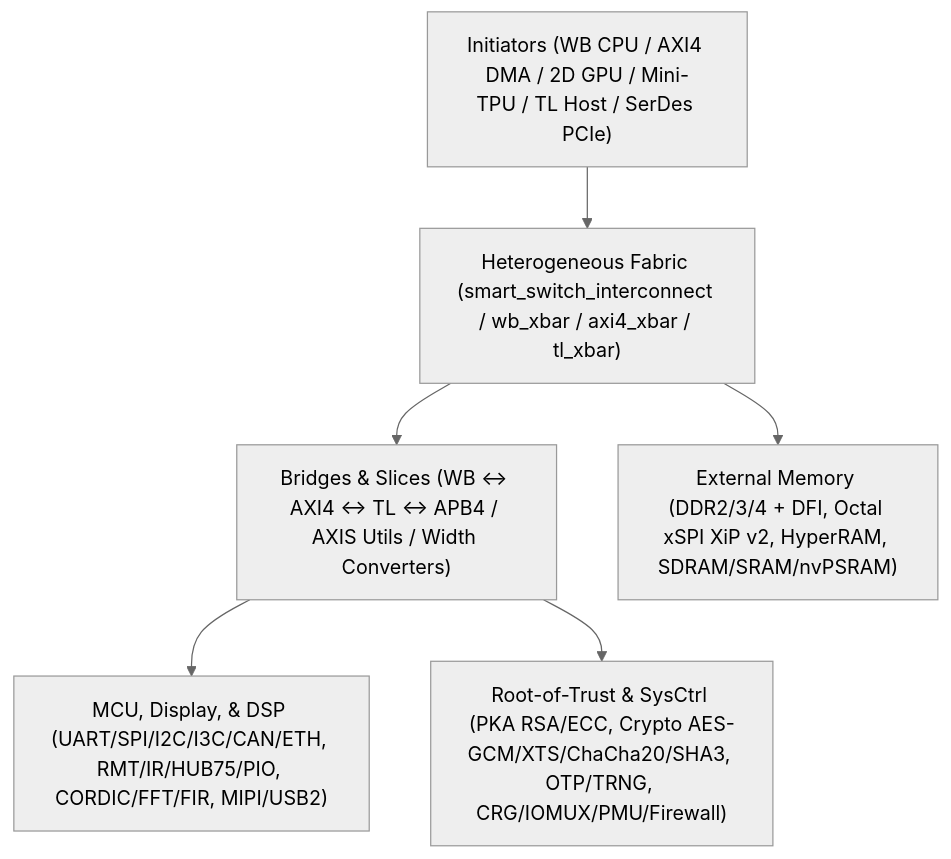
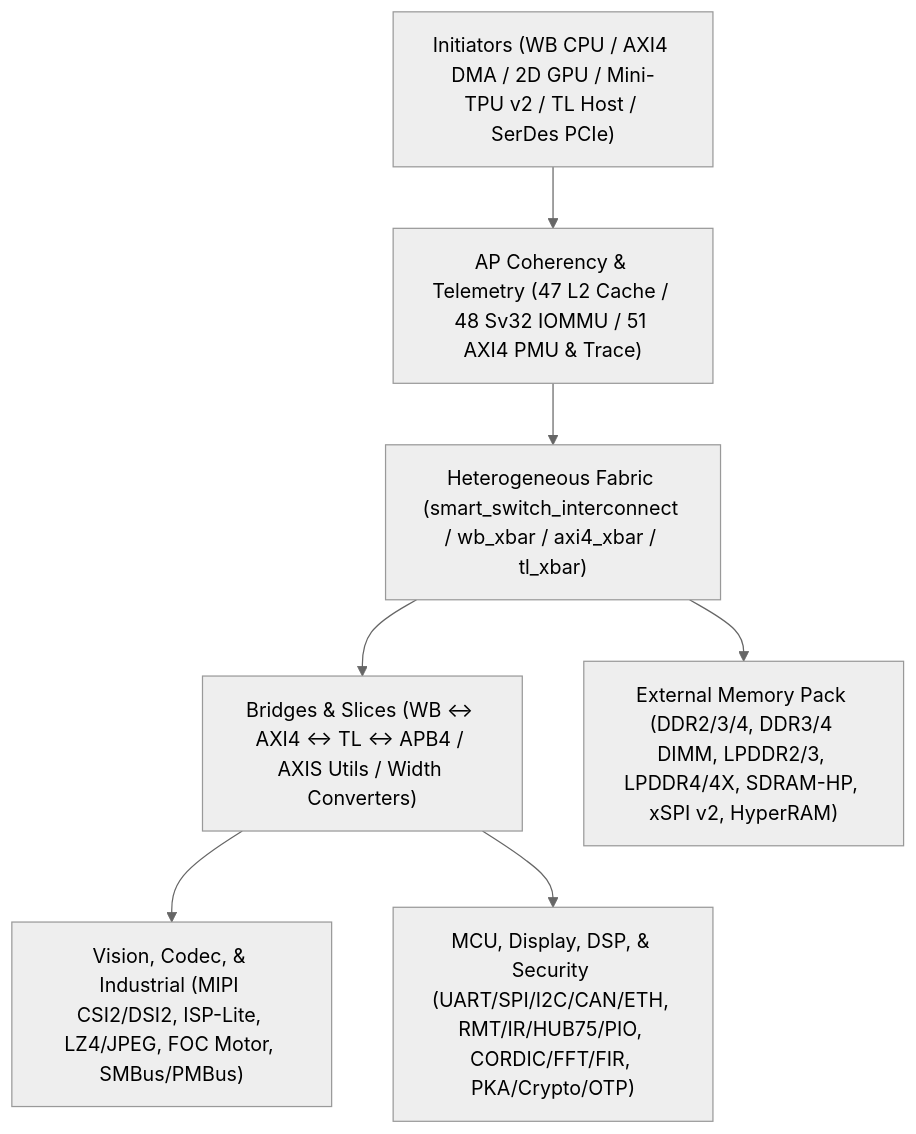
One commit to BaiTian6641/SoC_IPs changed the diagram in README.md. Above: the diagram before and after it, drawn with Mermaid (neutral theme). The commit also changed other lines of this file and 207 other files, not shown here.

Commit message:
v4.0.0: 51 Quad-Bus IPs (LPDDR3/4, DDR DIMM, SDR-HP, NPU v2, ISP-Lite, LZ4/JPEG, L2 Cache, Sv32 IOMMU, FOC, SMBus/PMBus, AXI PMU) + C99 SW Drivers

````diff
--- a/README.md
+++ b/README.md
@@ -35,15 +38,16 @@
 ```mermaid
 flowchart TB
-  Masters["Initiators (WB CPU / AXI4 DMA / 2D GPU / Mini-TPU / TL Host / SerDes PCIe)"]
+  Masters["Initiators (WB CPU / AXI4 DMA / 2D GPU / Mini-TPU v2 / TL Host / SerDes PCIe)"]
+  Coherency["AP Coherency & Telemetry (47 L2 Cache / 48 Sv32 IOMMU / 51 AXI4 PMU & Trace)"]
   Switch["Heterogeneous Fabric (smart_switch_interconnect / wb_xbar / axi4_xbar / tl_xbar)"]
   Adapters["Bridges & Slices (WB <-> AXI4 <-> TL <-> APB4 / AXIS Utils / Width Converters)"]
-  Memory["External Memory (DDR2/3/4 + DFI, Octal xSPI XiP v2, HyperRAM, SDRAM/SRAM/nvPSRAM)"]
-  Periphs["MCU, Display, & DSP (UART/SPI/I2C/I3C/CAN/ETH, RMT/IR/HUB75/PIO, CORDIC/FFT/FIR, MIPI/USB2)"]
-  Security["Root-of-Trust & SysCtrl (PKA RSA/ECC, Crypto AES-GCM/XTS/ChaCha20/SHA3, OTP/TRNG, CRG/IOMUX/PMU/Firewall)"]
+  Memory["External Memory Pack (DDR2/3/4, DDR3/4 DIMM, LPDDR2/3, LPDDR4/4X, SDRAM-HP, xSPI v2, HyperRAM)"]
+  Vision["Vision, Codec, & Industrial (MIPI CSI2/DSI2, ISP-Lite, LZ4/JPEG, FOC Motor, SMBus/PMBus)"]
+  Periphs["MCU, Display, DSP, & Security (UART/SPI/I2C/CAN/ETH, RMT/IR/HUB75/PIO, CORDIC/FFT/FIR, PKA/Crypto/OTP)"]
 
-  Masters --> Switch
+  Masters --> Coherency --> Switch
   Switch --> Adapters
   Switch --> Memory
+  Adapters --> Vision
   Adapters --> Periphs
-  Adapters --> Security
 ```
````
